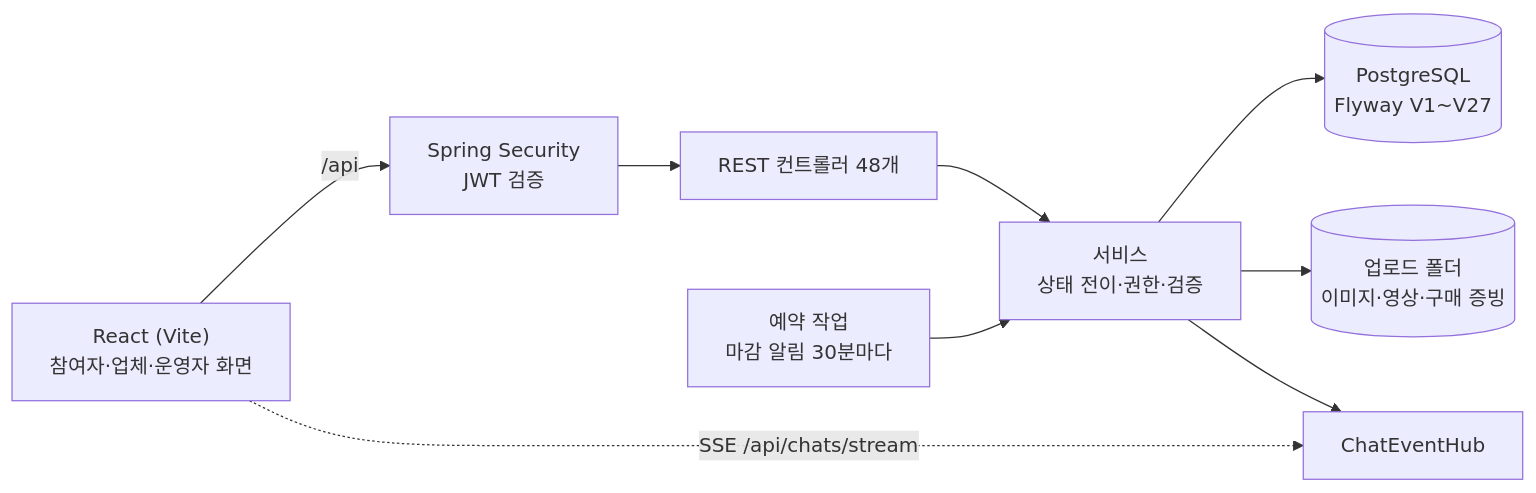
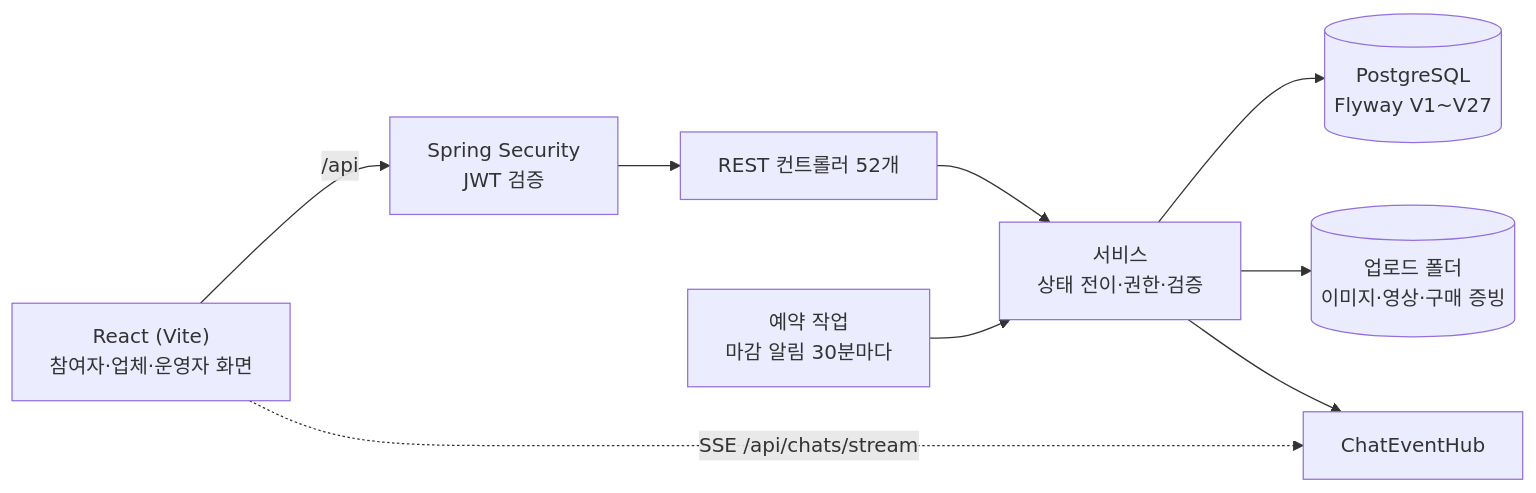
Before and after one commit to yoo-jin-k/movrit-backend: the second of 3 diagrams in README.md, drawn with Mermaid. The commit also changed other lines of this file, not shown here.

````diff
--- a/README.md
+++ b/README.md
@@ -152,10 +152,10 @@
 ```mermaid
 flowchart LR
   FE["React (Vite)<br/>참여자·업체·운영자 화면"] -- "/api" --> SEC["Spring Security<br/>JWT 검증"]
   FE -. "SSE /api/chats/stream" .-> CHAT["ChatEventHub"]
-  SEC --> API["REST 컨트롤러 48개"] --> SVC["서비스<br/>상태 전이·권한·검증"]
+  SEC --> API["REST 컨트롤러 52개"] --> SVC["서비스<br/>상태 전이·권한·검증"]
   SVC --> DB[("PostgreSQL<br/>Flyway V1~V27")]
   SVC --> FS[("업로드 폴더<br/>이미지·영상·구매 증빙")]
   SVC --> CHAT
   JOB["예약 작업<br/>마감 알림 30분마다"] --> SVC
 ```
````
